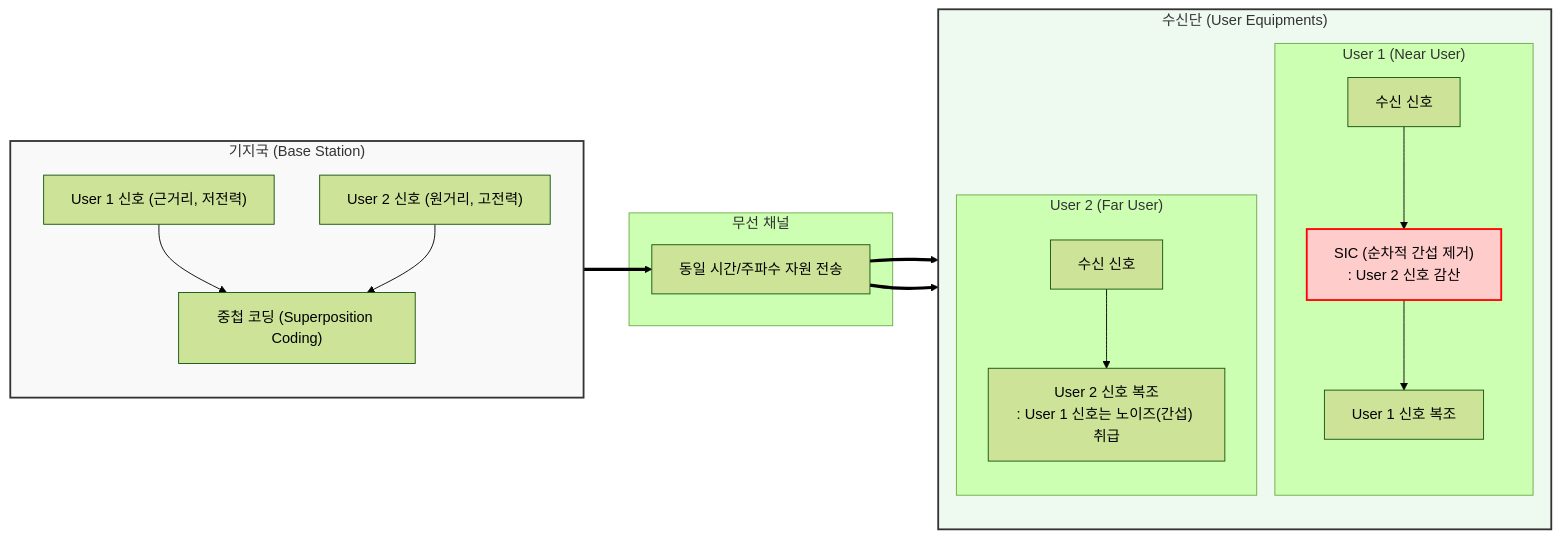
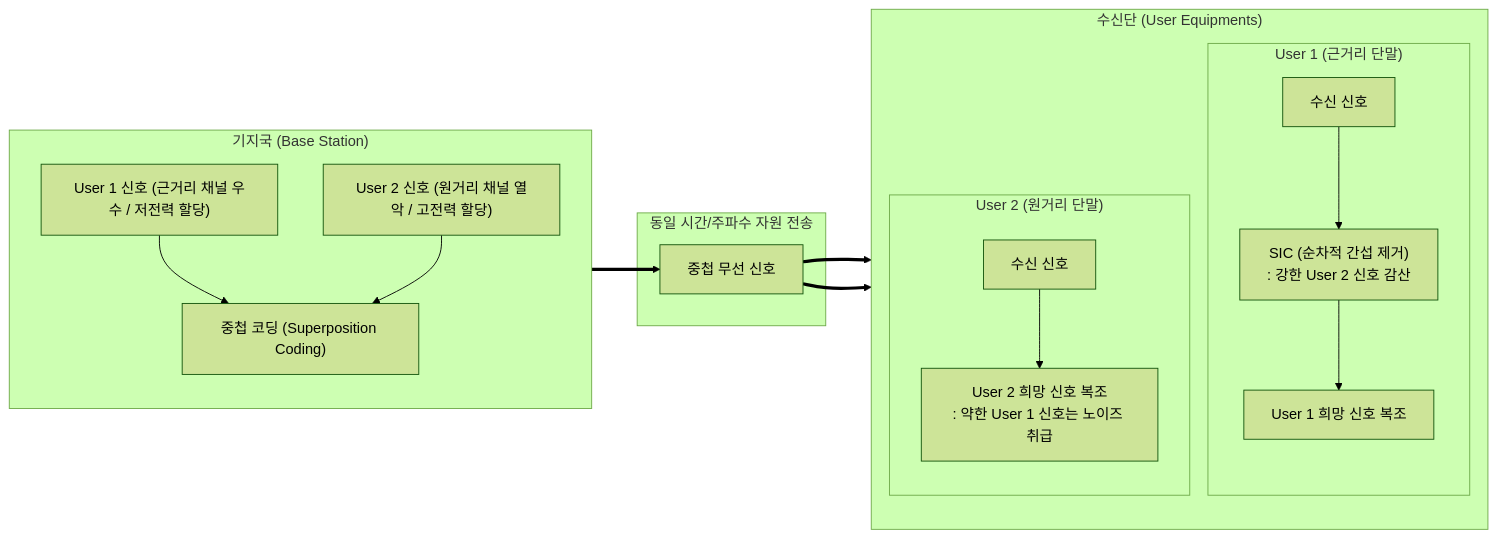
The diagram in content/01_IT Tech/비직교 다중접속.md (supremethumb/supremethumb.github.io), drawn with Mermaid (forest theme) before and after one commit. The commit also changed other lines of this file and 362 other files, not shown here.

````diff
--- a/content/01_IT Tech/비직교 다중접속.md
+++ b/content/01_IT Tech/비직교 다중접속.md
@@ -30,42 +31,37 @@
 ```mermaid
 flowchart LR
     subgraph 송신단_기지국["기지국 (Base Station)"]
         direction TB
-        P1["User 1 신호 (근거리, 저전력)"]
-        P2["User 2 신호 (원거리, 고전력)"]
+        P1["User 1 신호 (근거리 채널 우수 / 저전력 할당)"]
+        P2["User 2 신호 (원거리 채널 열악 / 고전력 할당)"]
         SC["중첩 코딩 (Superposition Coding)"]
         
         P1 --> SC
         P2 --> SC
     end
 
-    subgraph 무선환경["무선 채널"]
-        CH["동일 시간/주파수 자원 전송"]
+    subgraph 무선채널["동일 시간/주파수 자원 전송"]
+        CH["중첩 무선 신호"]
     end
 
     subgraph 수신단_단말["수신단 (User Equipments)"]
         direction TB
         
-        subgraph UE1["User 1 (Near User)"]
+        subgraph UE1["User 1 (근거리 단말)"]
             RX1["수신 신호"]
-            SIC["SIC (순차적 간섭 제거)<br/>: User 2 신호 감산"]
-            DEC1["User 1 신호 복조"]
+            SIC["SIC (순차적 간섭 제거)<br/>: 강한 User 2 신호 감산"]
+            DEC1["User 1 희망 신호 복조"]
             RX1 --> SIC --> DEC1
         end
 
-        subgraph UE2["User 2 (Far User)"]
+        subgraph UE2["User 2 (원거리 단말)"]
             RX2["수신 신호"]
-            DEC2["User 2 신호 복조<br/>: User 1 신호는 노이즈(간섭) 취급"]
+            DEC2["User 2 희망 신호 복조<br/>: 약한 User 1 신호는 노이즈 취급"]
             RX2 --> DEC2
         end
     end
 
     SC ==> CH
     CH ==> RX1
     CH ==> RX2
-
-    style 송신단_기지국 fill:#f9f9f9,stroke:#333,stroke-width:2px
-    style 수신단_단말 fill:#eef9f0,stroke:#333,stroke-width:2px
-    style SIC fill:#ffcccc,stroke:#ff0000,stroke-width:2px
-
 ```
````
